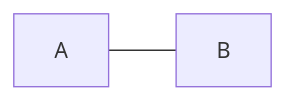
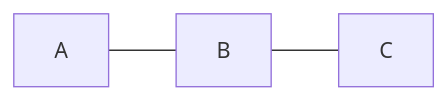
Before and after one commit to jaanos/jekyll-theme-primer: the diagram in README.md, drawn with Mermaid.

````diff
--- a/README.md
+++ b/README.md
@@ -13,5 +13,5 @@
 ```mermaid
 graph LR
 
-A --- B
+A --- B --- C
 ```
````
